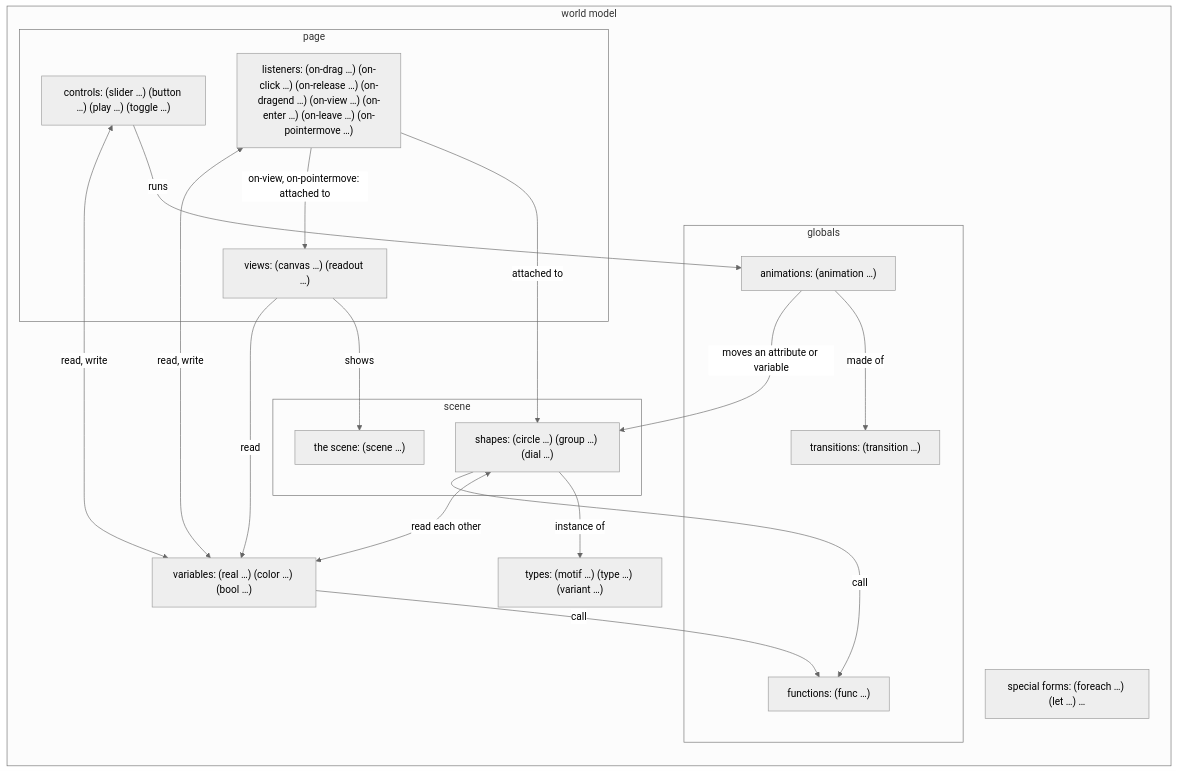
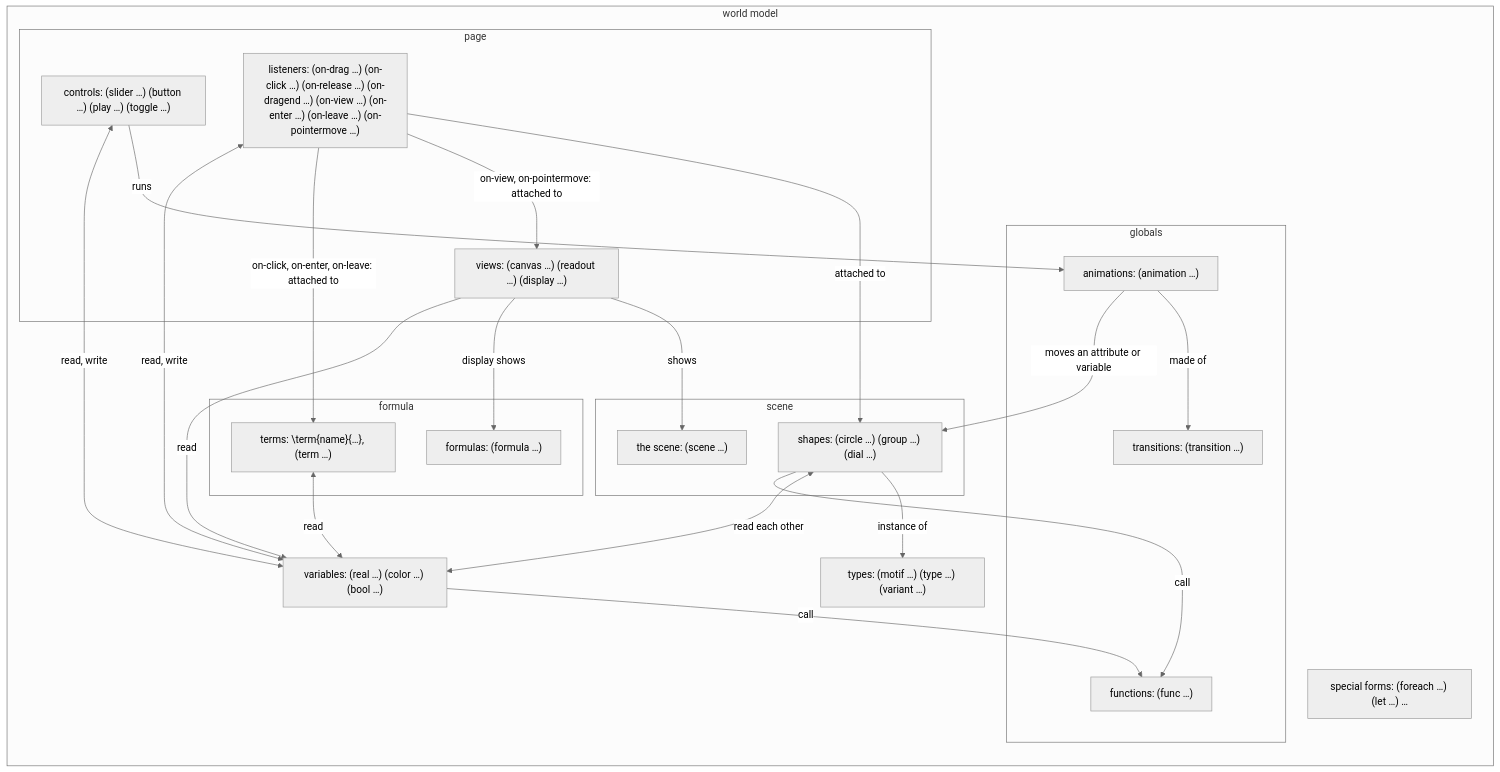
One commit to aris-pub/mathterpiece changed the second of 3 diagrams in docs/data-model.md. Above: the diagram before and after it, drawn with Mermaid (neutral theme). The commit also changed other lines of this file and 10 other files, not shown here.

````diff
--- a/docs/data-model.md
+++ b/docs/data-model.md
@@ -98,33 +98,40 @@
 ```mermaid
 flowchart LR
   subgraph wm [world model]
     types["types: (motif …) (type …) (variant …)"]
     special["special forms: (foreach …) (let …) …"]
     subgraph scene
       sc["the scene: (scene …)"]
       shapes["shapes: (circle …) (group …) (dial …)"]
     end
+    subgraph formula
+      fm["formulas: (formula …)"]
+      terms["terms: \term{name}{…}, (term …)"]
+    end
     vars["variables: (real …) (color …) (bool …)"]
     subgraph globals
       funcs["functions: (func …)"]
       trans["transitions: (transition …)"]
       anims["animations: (animation …)"]
     end
     subgraph page
-      views["views: (canvas …) (readout …)"]
+      views["views: (canvas …) (readout …) (display …)"]
       listeners["listeners: (on-drag …) (on-click …) (on-release …) (on-dragend …) (on-view …) (on-enter …) (on-leave …) (on-pointermove …)"]
       controls["controls: (slider …) (button …) (play …) (toggle …)"]
     end
   end
   shapes -->|instance of| types
   shapes <-->|read each other| vars
   vars & shapes -->|call| funcs
   anims -->|made of| trans
   anims -->|moves an attribute or variable| shapes
   controls -->|runs| anims
   listeners -->|attached to| shapes
   listeners -->|on-view, on-pointermove: attached to| views
   views -->|shows| sc
+  views -->|display shows| fm
+  listeners -->|on-click, on-enter, on-leave: attached to| terms
+  terms <-->|read| vars
   views -->|read| vars
   listeners & controls <-->|read, write| vars
 ```
````
